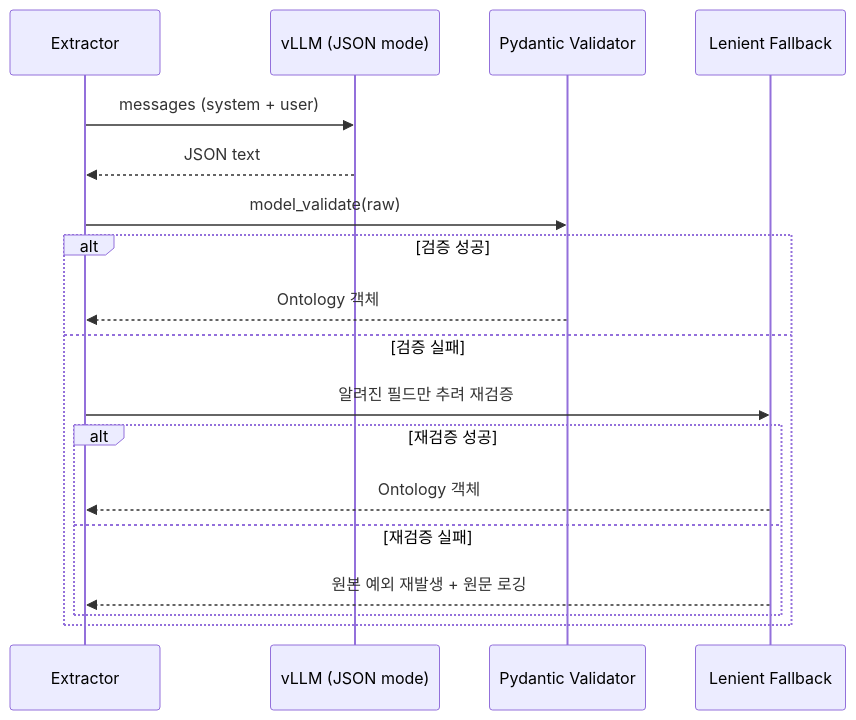
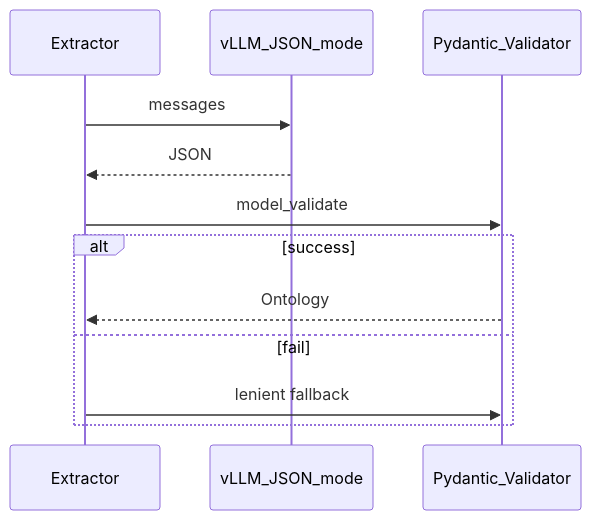
The diagram in docs/ontology.md (kakao4-KAKAMU/KAKAMU_DE), drawn with Mermaid before and after one commit. The commit also changed other lines of this file and 11 other files, not shown here.

````diff
--- a/docs/ontology.md
+++ b/docs/ontology.md
@@ -103,21 +74,15 @@
 ```mermaid
 sequenceDiagram
     participant App as Extractor
-    participant V as vLLM (JSON mode)
-    participant Py as Pydantic Validator
-    participant Fix as Lenient Fallback
+    participant V as vLLM_JSON_mode
+    participant Py as Pydantic_Validator
 
-    App->>V: messages (system + user)
-    V-->>App: JSON text
-    App->>Py: model_validate(raw)
-    alt 검증 성공
-        Py-->>App: Ontology 객체
-    else 검증 실패
-        App->>Fix: 알려진 필드만 추려 재검증
-        alt 재검증 성공
-            Fix-->>App: Ontology 객체
-        else 재검증 실패
-            Fix-->>App: 원본 예외 재발생 + 원문 로깅
-        end
+    App->>V: messages
+    V-->>App: JSON
+    App->>Py: model_validate
+    alt success
+        Py-->>App: Ontology
+    else fail
+        App->>Py: lenient fallback
     end
 ```
````
